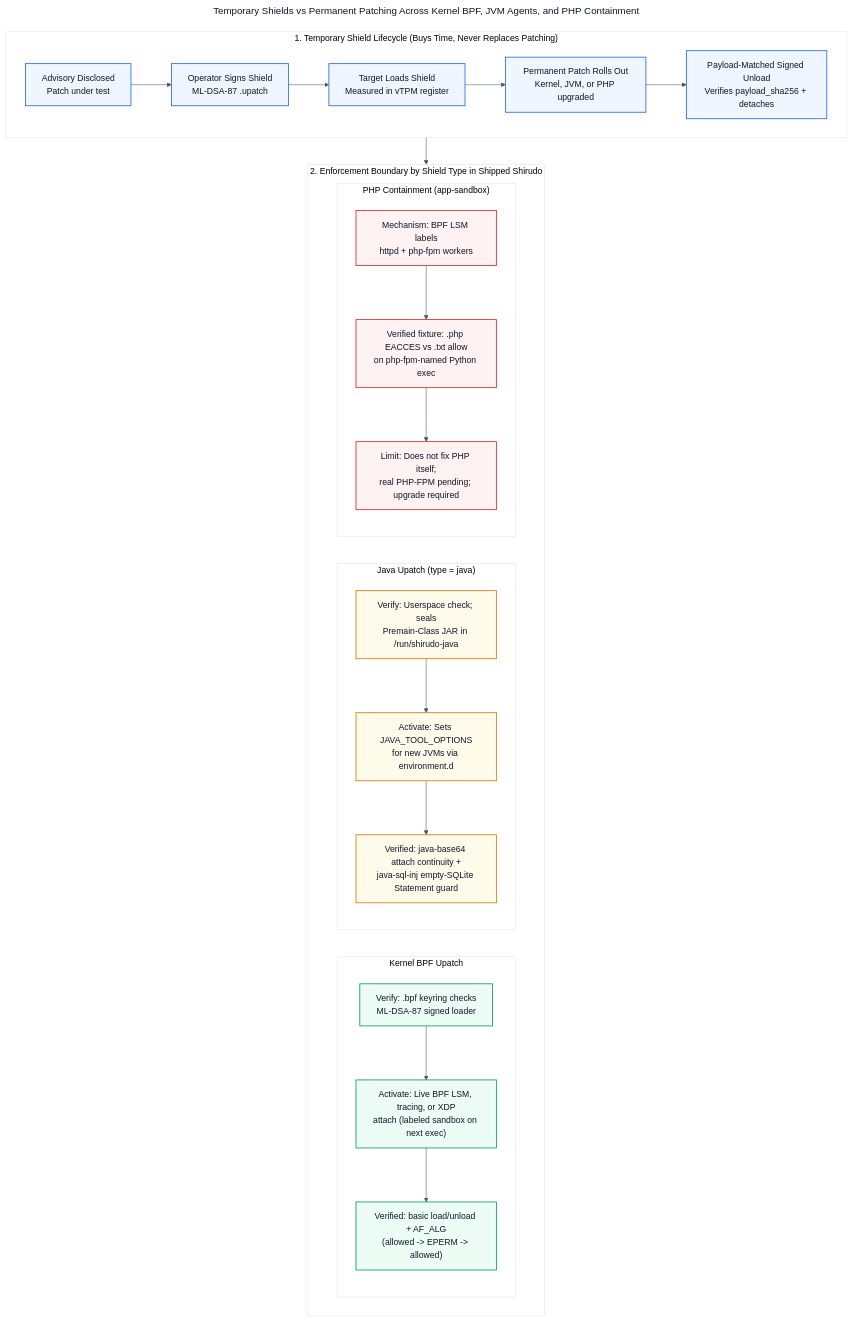
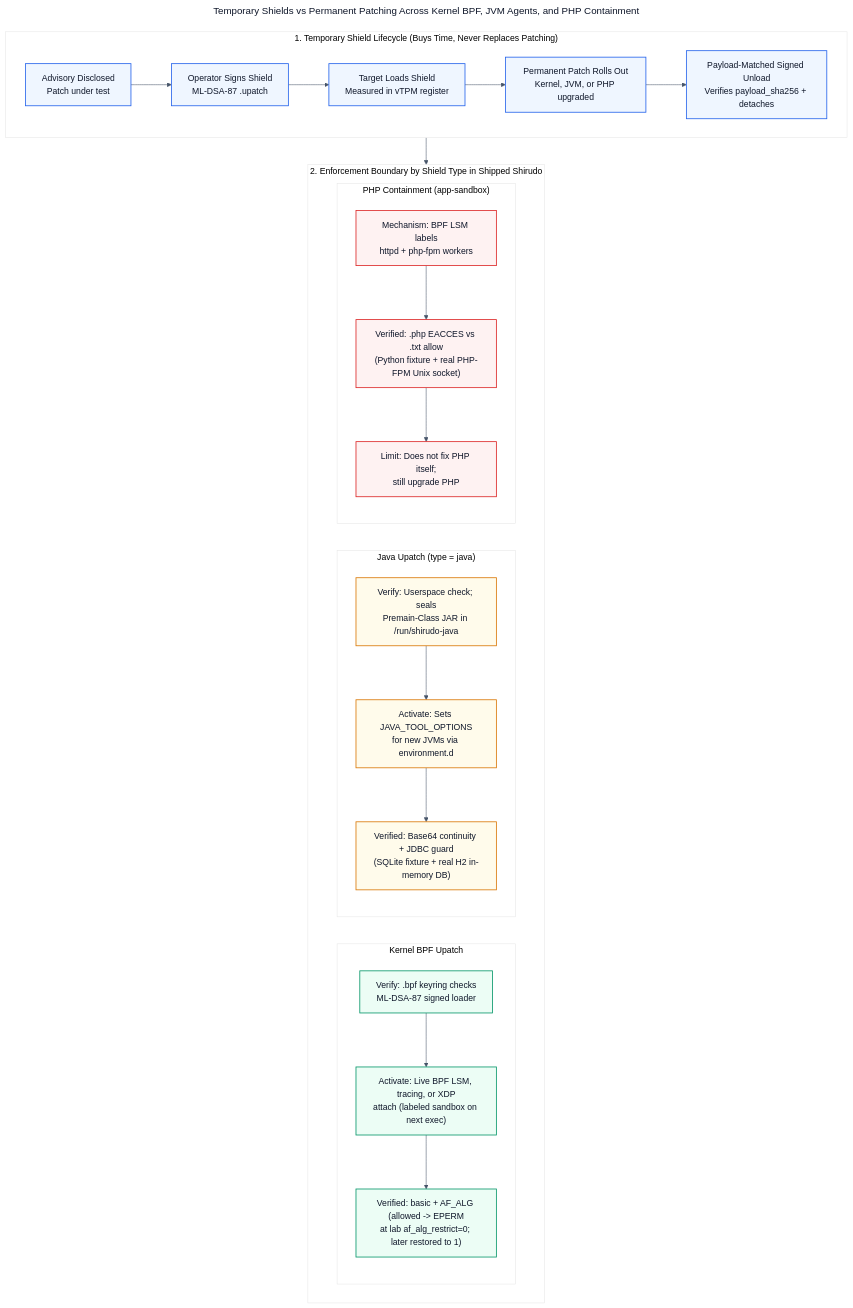
The diagram in docs/figures/shirudo-shield-mechanisms.mmd (johnsonshi/shirudo-on-azure), drawn with Mermaid before and after one commit. The commit also changed 4 other files, not shown here.

Commit message:
Finalize Shirudo Azure field notes with real runtimes and AF_ALG restoration

```diff
--- a/docs/figures/shirudo-shield-mechanisms.mmd
+++ b/docs/figures/shirudo-shield-mechanisms.mmd
@@ -1,60 +1,60 @@
 ---
 title: "Temporary Shields vs Permanent Patching Across Kernel BPF, JVM Agents, and PHP Containment"
 config:
   theme: base
   layout: dagre
   themeVariables:
     primaryColor: "#f8fafc"
     primaryTextColor: "#0f172a"
     primaryBorderColor: "#334155"
     lineColor: "#475569"
 ---
 %% Editable Mermaid source for docs/figures/shirudo-shield-mechanisms.svg
 flowchart TB
     subgraph LIFE["1. Temporary Shield Lifecycle (Buys Time, Never Replaces Patching)"]
         direction LR
         L1["Advisory Disclosed<br/>Patch under test"] --> L2["Operator Signs Shield<br/>ML-DSA-87 .upatch"]
         L2 --> L3["Target Loads Shield<br/>Measured in vTPM register"]
         L3 --> L4["Permanent Patch Rolls Out<br/>Kernel, JVM, or PHP upgraded"]
         L4 --> L5["Payload-Matched Signed Unload<br/>Verifies payload_sha256 + detaches"]
     end
 
     subgraph COMP["2. Enforcement Boundary by Shield Type in Shipped Shirudo"]
         direction LR
 
         subgraph S_BPF["Kernel BPF Upatch"]
             direction TB
             B1["Verify: .bpf keyring checks<br/>ML-DSA-87 signed loader"]
             B2["Activate: Live BPF LSM, tracing, or XDP<br/>attach (labeled sandbox on next exec)"]
-            B3["Verified: basic load/unload + AF_ALG<br/>(allowed -> EPERM -> allowed)"]
+            B3["Verified: basic + AF_ALG (allowed -> EPERM<br/>at lab af_alg_restrict=0; later restored to 1)"]
             B1 --> B2 --> B3
         end
 
         subgraph S_JAVA["Java Upatch (type = java)"]
             direction TB
             J1["Verify: Userspace check; seals<br/>Premain-Class JAR in /run/shirudo-java"]
             J2["Activate: Sets JAVA_TOOL_OPTIONS<br/>for new JVMs via environment.d"]
-            J3["Verified: java-base64 attach continuity +<br/>java-sql-inj empty-SQLite Statement guard"]
+            J3["Verified: Base64 continuity + JDBC guard<br/>(SQLite fixture + real H2 in-memory DB)"]
             J1 --> J2 --> J3
         end
 
         subgraph S_PHP["PHP Containment (app-sandbox)"]
             direction TB
             P1["Mechanism: BPF LSM labels<br/>httpd + php-fpm workers"]
-            P2["Verified fixture: .php EACCES vs .txt allow<br/>on php-fpm-named Python exec"]
-            P3["Limit: Does not fix PHP itself;<br/>real PHP-FPM pending; upgrade required"]
+            P2["Verified: .php EACCES vs .txt allow<br/>(Python fixture + real PHP-FPM Unix socket)"]
+            P3["Limit: Does not fix PHP itself;<br/>still upgrade PHP"]
             P1 --> P2 --> P3
         end
     end
 
     LIFE --> COMP
 
     classDef stepBox fill:#eff6ff,stroke:#2563eb,stroke-width:1.5px,color:#0f172a
     classDef bpfBox fill:#ecfdf5,stroke:#059669,stroke-width:1.5px,color:#0f172a
     classDef javaBox fill:#fffbeb,stroke:#d97706,stroke-width:1.5px,color:#0f172a
     classDef phpBox fill:#fef2f2,stroke:#dc2626,stroke-width:1.5px,color:#0f172a
 
     class L1,L2,L3,L4,L5 stepBox
     class B1,B2,B3 bpfBox
     class J1,J2,J3 javaBox
     class P1,P2,P3 phpBox
```
